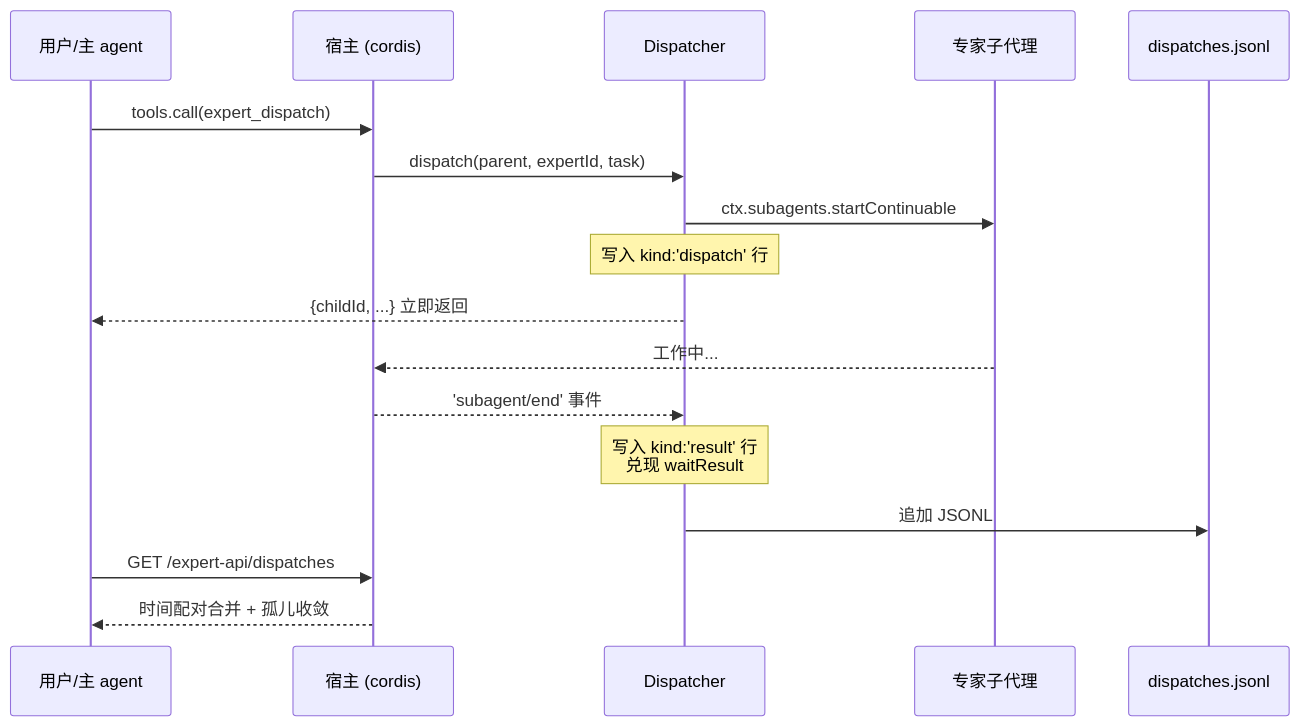
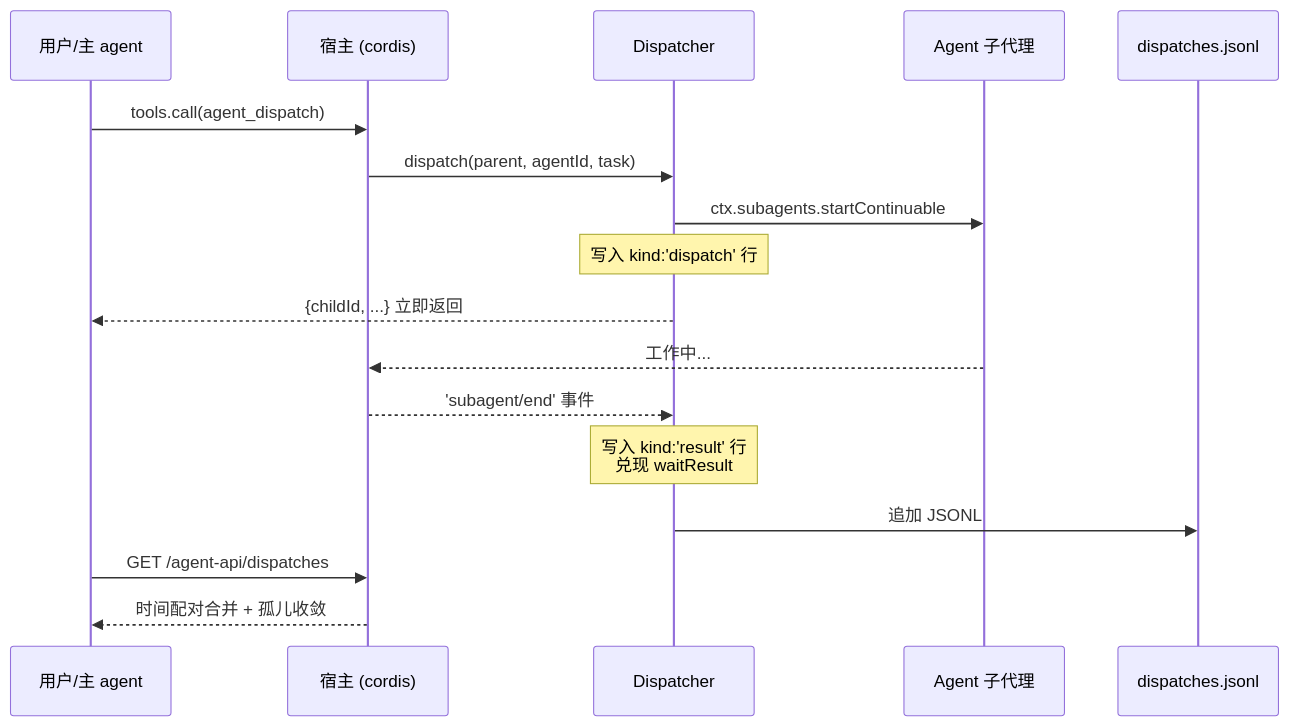
One commit to ArmingLou/dsh-agent-dispatch changed the third of 4 diagrams in README.md. Above: the diagram before and after it, drawn with Mermaid. The commit also changed other lines of this file and 31 other files, not shown here.

Commit message:
v1.1.0: expert 全面改名 agent，删除内置 Agent/小队，换真实 UI 截图

````diff
--- a/README.md
+++ b/README.md
@@ -107,19 +110,19 @@
 ```mermaid
 sequenceDiagram
     participant U as 用户/主 agent
     participant H as 宿主 (cordis)
     participant D as Dispatcher
-    participant E as 专家子代理
+    participant E as Agent 子代理
     participant L as dispatches.jsonl
-    U->>H: tools.call(expert_dispatch)
-    H->>D: dispatch(parent, expertId, task)
+    U->>H: tools.call(agent_dispatch)
+    H->>D: dispatch(parent, agentId, task)
     D->>E: ctx.subagents.startContinuable
     Note over D: 写入 kind:'dispatch' 行
     D-->>U: {childId, ...} 立即返回
     E-->>H: 工作中...
     H-->>D: 'subagent/end' 事件
     Note over D: 写入 kind:'result' 行<br/>兑现 waitResult
     D->>L: 追加 JSONL
-    U->>H: GET /expert-api/dispatches
+    U->>H: GET /agent-api/dispatches
     H-->>U: 时间配对合并 + 孤儿收敛
 ```
````
